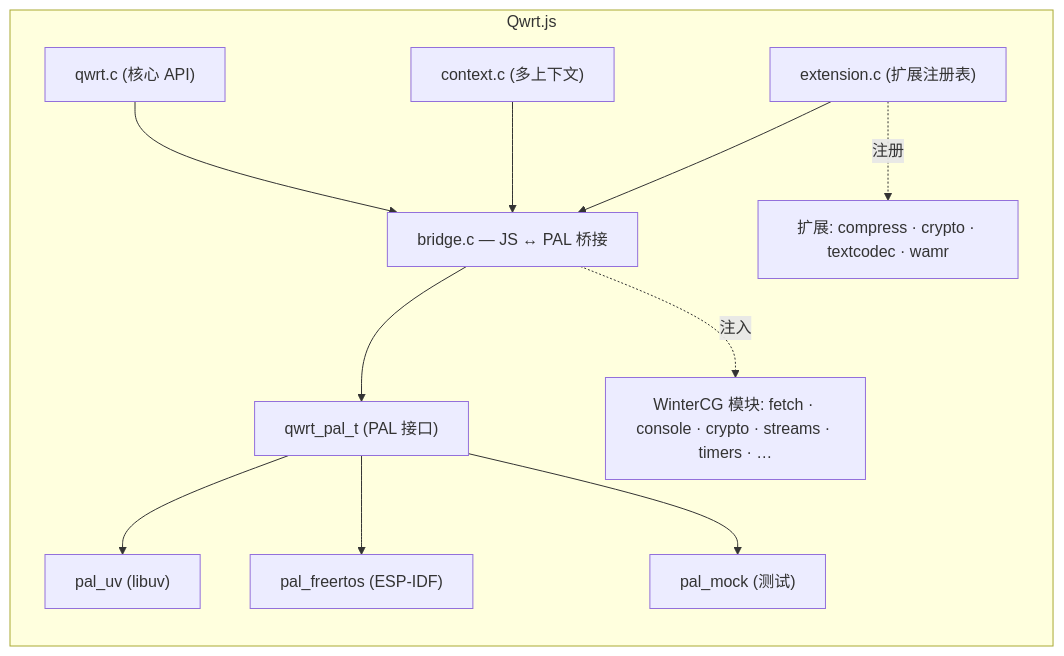
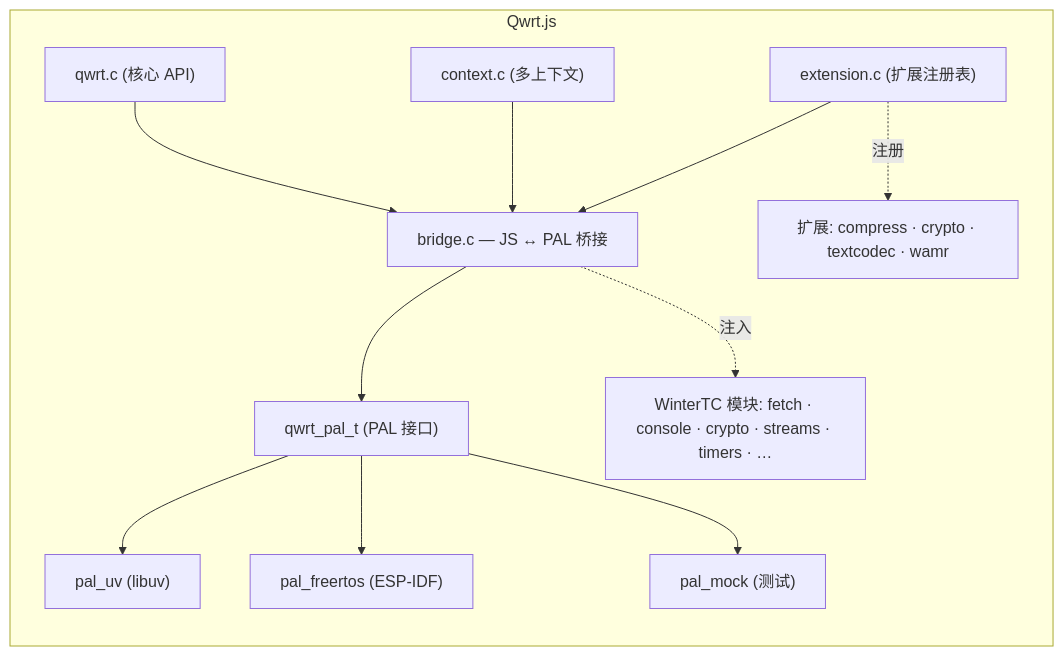
The diagram in docs/zh/index.md (adam-ikari/qwrt), drawn with Mermaid before and after one commit. The commit also changed other lines of this file and 67 other files, not shown here.

````diff
--- a/docs/zh/index.md
+++ b/docs/zh/index.md
@@ -75,21 +75,21 @@
 ```mermaid
 flowchart TB
     subgraph QWRT["Qwrt.js"]
         direction TB
         Core["qwrt.c (核心 API)"]
         Ctx["context.c (多上下文)"]
         Ext["extension.c (扩展注册表)"]
         Bridge["bridge.c — JS ↔ PAL 桥接"]
         Core --> Bridge
         Ctx --> Bridge
         Ext --> Bridge
         Bridge --> PAL["qwrt_pal_t (PAL 接口)"]
         PAL --> PalUV["pal_uv (libuv)"]
         PAL --> PalFR["pal_freertos (ESP-IDF)"]
         PAL --> PalMock["pal_mock (测试)"]
-        JS["WinterCG 模块: fetch · console · crypto · streams · timers · …"]
+        JS["WinterTC 模块: fetch · console · crypto · streams · timers · …"]
         ExtList["扩展: compress · crypto · textcodec · wamr"]
         Bridge -.注入.-> JS
         Ext -.注册.-> ExtList
     end
 ```
````
